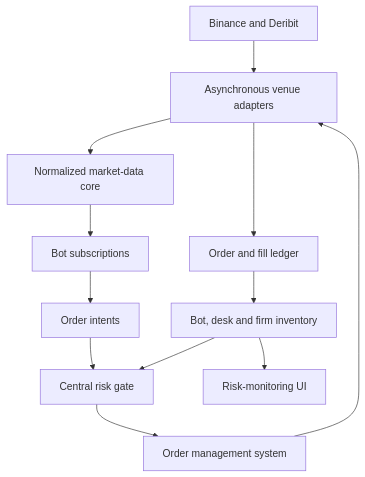
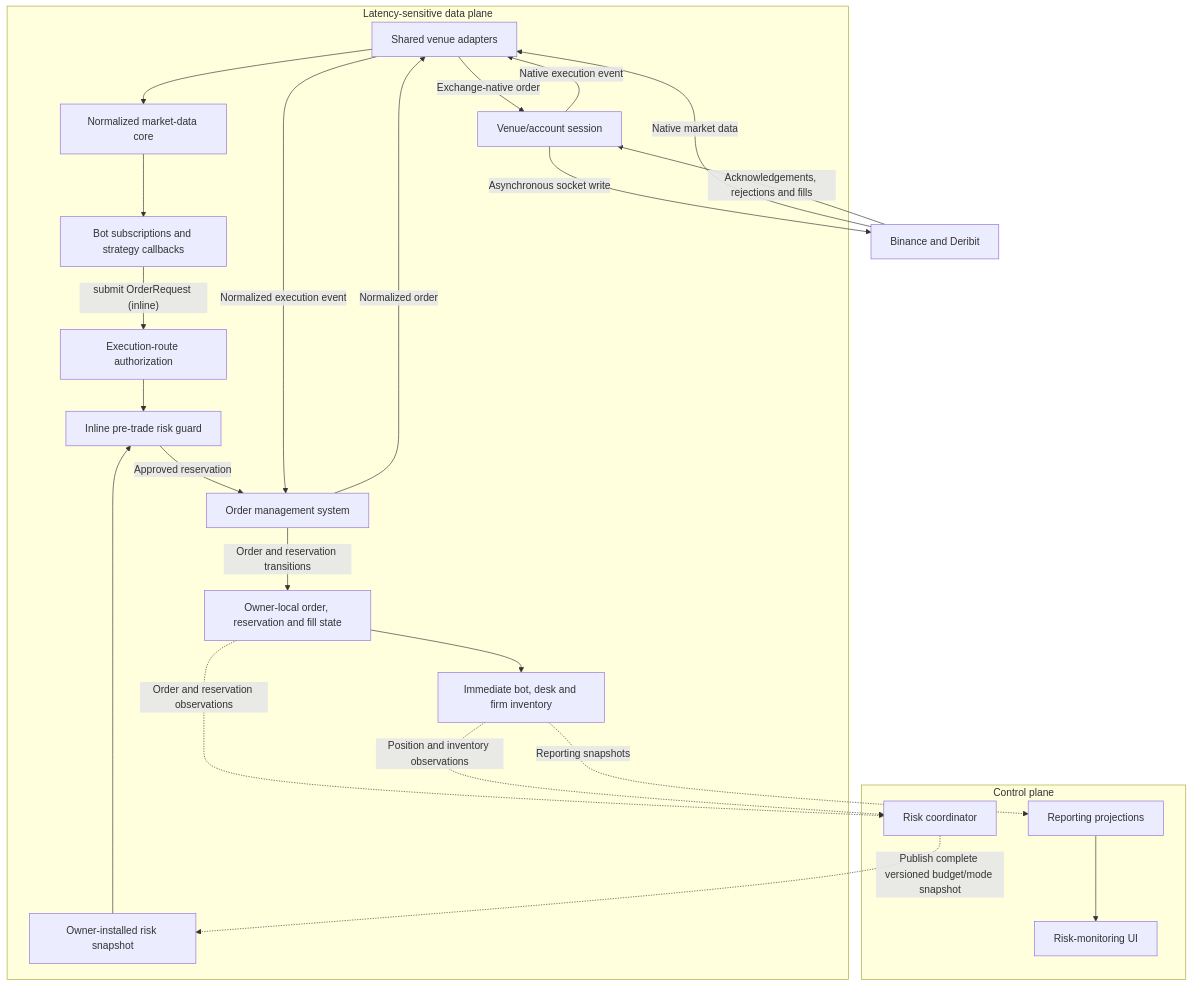
The first of 2 diagrams in docs/architecture.md (KomodorDev/project-AEGIS), drawn with Mermaid before and after one commit. The commit also changed other lines of this file and 4 other files, not shown here.

Commit message:
Document architecture and data-plane execution

````diff
--- a/docs/architecture.md
+++ b/docs/architecture.md
@@ -7,16 +27,30 @@
 ```mermaid
 flowchart TD
-    E["Binance and Deribit"] --> A["Asynchronous venue adapters"]
-    A --> M["Normalized market-data core"]
-    M --> B["Bot subscriptions"]
+    subgraph D["Latency-sensitive data plane"]
+        A["Shared venue adapters"] --> M["Normalized market-data core"]
+        M --> B["Bot subscriptions and strategy callbacks"]
+        B -->|"submit OrderRequest (inline)"| Q["Execution-route authorization"]
+        Q --> G["Inline pre-trade risk guard"]
+        S["Owner-installed risk snapshot"] --> G
+        G -->|"Approved reservation"| O["Order management system"]
+        O -->|"Normalized order"| A
+        A -->|"Exchange-native order"| V["Venue/account session"]
+        O -->|"Order and reservation transitions"| L["Owner-local order, reservation and fill state"]
+        L --> I["Immediate bot, desk and firm inventory"]
+    end
 
-    B --> O["Order intents"]
-    O --> R["Central risk gate"]
-    R --> X["Order management system"]
-    X --> A
+    subgraph C["Control plane"]
+        R["Risk coordinator"]
+        P["Reporting projections"] --> U["Risk-monitoring UI"]
+    end
 
-    A --> L["Order and fill ledger"]
-    L --> I["Bot, desk and firm inventory"]
-    I --> R
-    I --> U["Risk-monitoring UI"]
+    E["Binance and Deribit"] -->|"Native market data"| A
+    V -->|"Asynchronous socket write"| E
+    E -->|"Acknowledgements, rejections and fills"| V
+    V -->|"Native execution event"| A
+    A -->|"Normalized execution event"| O
+    L -. "Order and reservation observations" .-> R
+    I -. "Position and inventory observations" .-> R
+    I -. "Reporting snapshots" .-> P
+    R -. "Publish complete versioned budget/mode snapshot" .-> S
 ```
````
